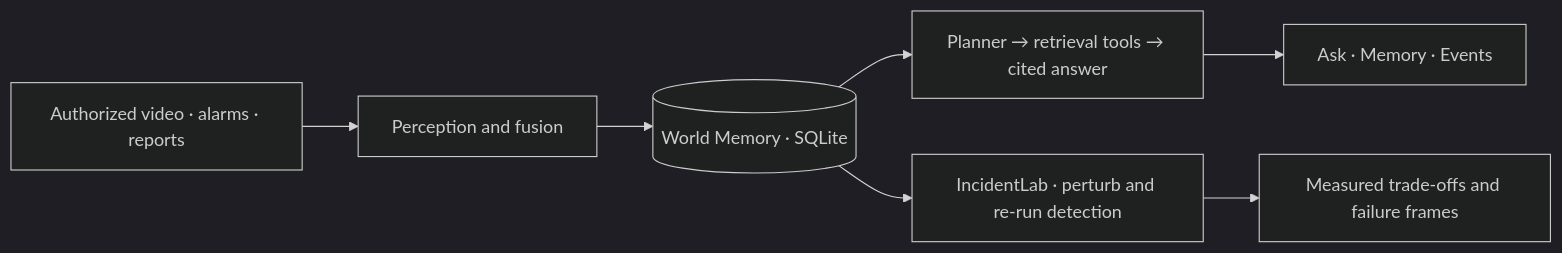
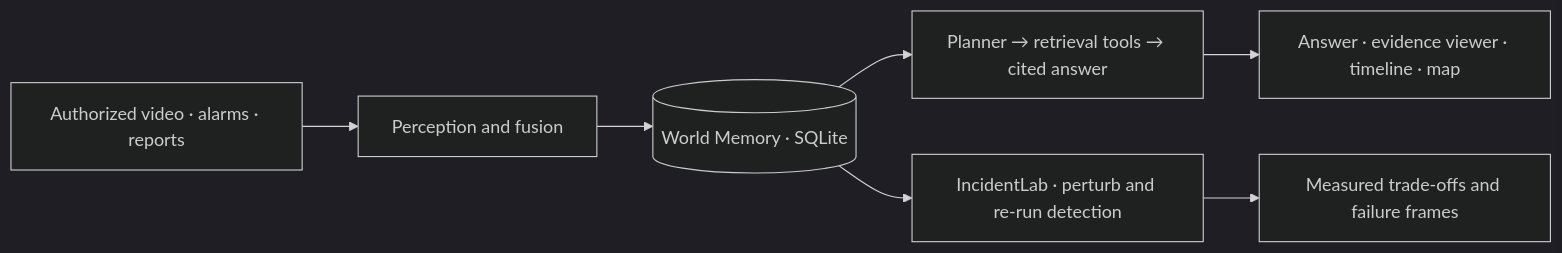
Before and after one commit to AlenHsiaoWeiLun/trace-ugen: the diagram in README.md, drawn with Mermaid (dark theme). The commit also changed other lines of this file and 1 other file, not shown here.

Commit message:
Document repository tree and implemented software architecture

````diff
--- a/README.md
+++ b/README.md
@@ -84,9 +85,9 @@
 ```mermaid
 flowchart LR
     S[Authorized video · alarms · reports] --> P[Perception and fusion]
     P --> M[(World Memory · SQLite)]
     M --> A[Planner → retrieval tools → cited answer]
-    A --> U[Ask · Memory · Events]
+    A --> U[Answer · evidence viewer · timeline · map]
     M --> L[IncidentLab · perturb and re-run detection]
     L --> R[Measured trade-offs and failure frames]
 ```
````
